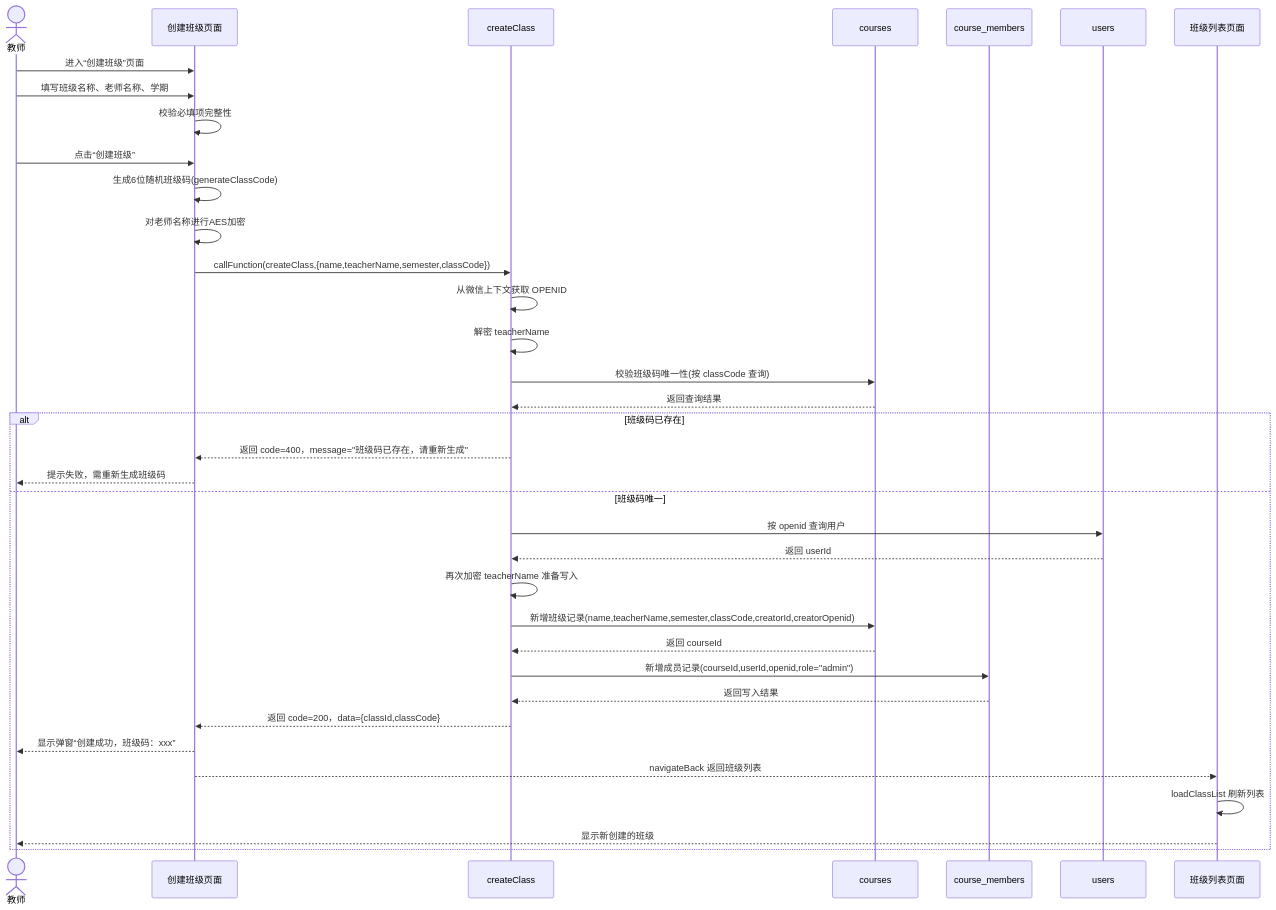
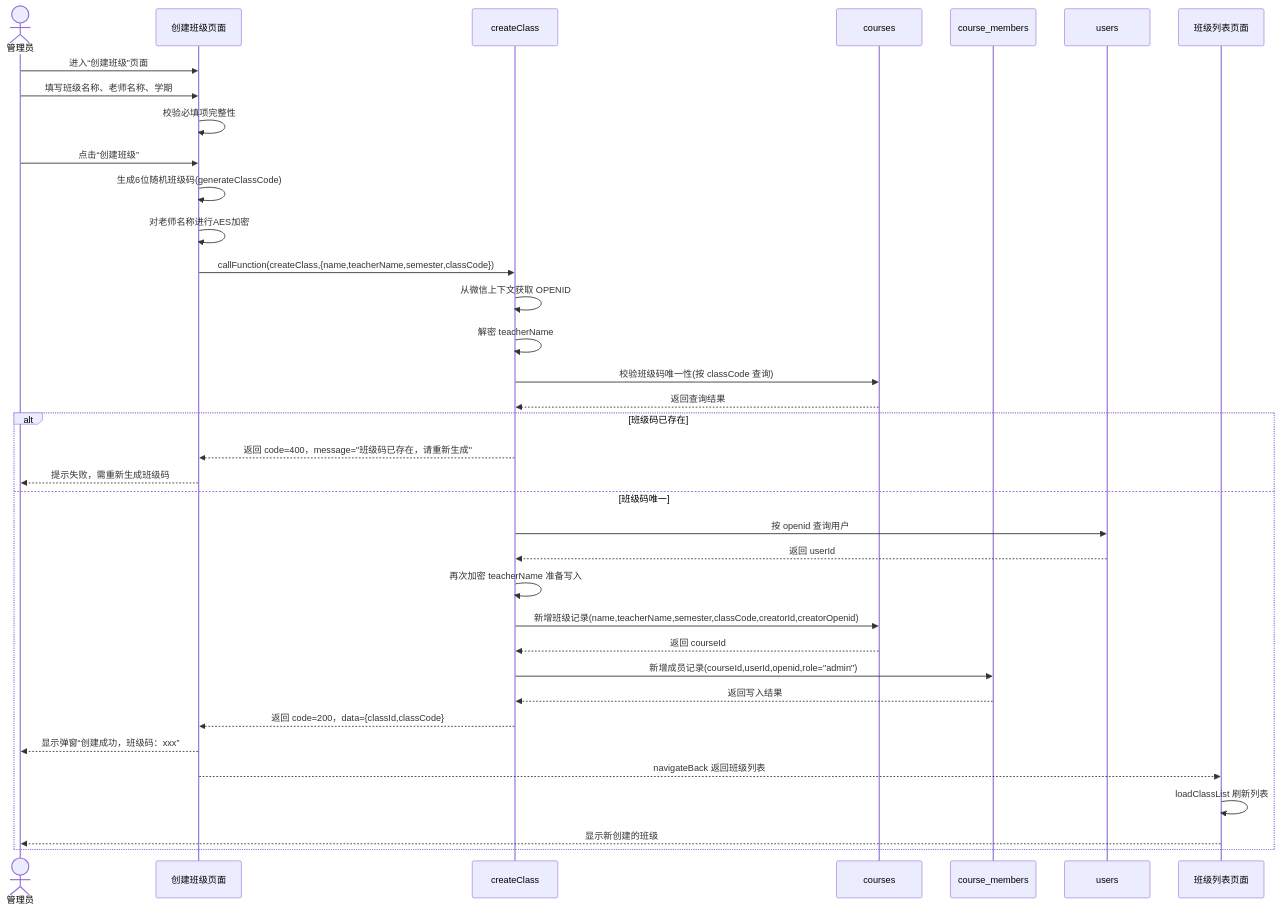
One commit to hanohano111/ClassInformationManagementSystem changed diagram 12 of 20 in 第三章 系统需求分析.md. Above: the diagram before and after it, drawn with Mermaid. The commit also changed other lines of this file and 28 other files, not shown here.

````diff
--- a/第三章 系统需求分析.md
+++ b/第三章 系统需求分析.md
@@ -709,41 +635,41 @@
 ```mermaid
 sequenceDiagram
-    actor 教师
+    actor 管理员
     participant 创建页 as 创建班级页面
     participant 云函数 as createClass
     participant 班级表 as courses
     participant 成员表 as course_members
     participant 用户表 as users
     participant 列表页 as 班级列表页面
 
-    教师->>创建页: 进入“创建班级”页面
-    教师->>创建页: 填写班级名称、老师名称、学期
+    管理员->>创建页: 进入“创建班级”页面
+    管理员->>创建页: 填写班级名称、老师名称、学期
     创建页->>创建页: 校验必填项完整性
-    教师->>创建页: 点击“创建班级”
+    管理员->>创建页: 点击“创建班级”
     创建页->>创建页: 生成6位随机班级码(generateClassCode)
     创建页->>创建页: 对老师名称进行AES加密
     创建页->>云函数: callFunction(createClass,{name,teacherName,semester,classCode})
 
     云函数->>云函数: 从微信上下文获取 OPENID
     云函数->>云函数: 解密 teacherName
     云函数->>班级表: 校验班级码唯一性(按 classCode 查询)
     班级表-->>云函数: 返回查询结果
 
     alt 班级码已存在
         云函数-->>创建页: 返回 code=400，message="班级码已存在，请重新生成"
-        创建页-->>教师: 提示失败，需重新生成班级码
+        创建页-->>管理员: 提示失败，需重新生成班级码
     else 班级码唯一
         云函数->>用户表: 按 openid 查询用户
         用户表-->>云函数: 返回 userId
         云函数->>云函数: 再次加密 teacherName 准备写入
         云函数->>班级表: 新增班级记录(name,teacherName,semester,classCode,creatorId,creatorOpenid)
         班级表-->>云函数: 返回 courseId
         云函数->>成员表: 新增成员记录(courseId,userId,openid,role="admin")
         成员表-->>云函数: 返回写入结果
         云函数-->>创建页: 返回 code=200，data={classId,classCode}
-        创建页-->>教师: 显示弹窗“创建成功，班级码：xxx”
+        创建页-->>管理员: 显示弹窗“创建成功，班级码：xxx”
         创建页-->>列表页: navigateBack 返回班级列表
         列表页->>列表页: loadClassList 刷新列表
-        列表页-->>教师: 显示新创建的班级
+        列表页-->>管理员: 显示新创建的班级
     end
 ```
````
